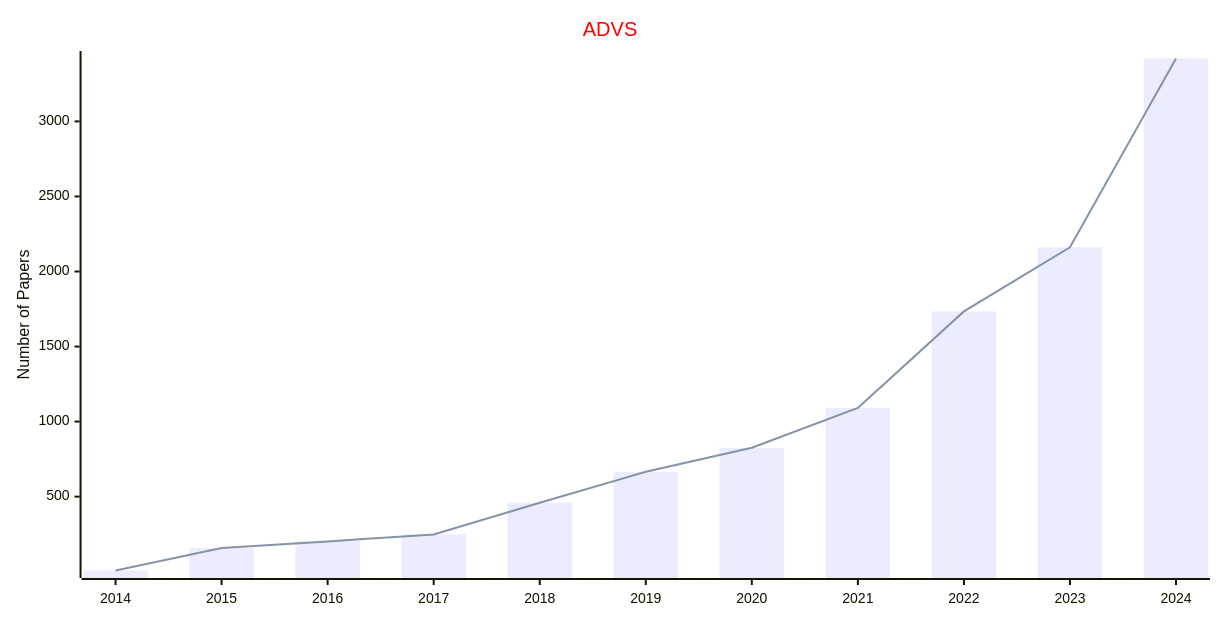
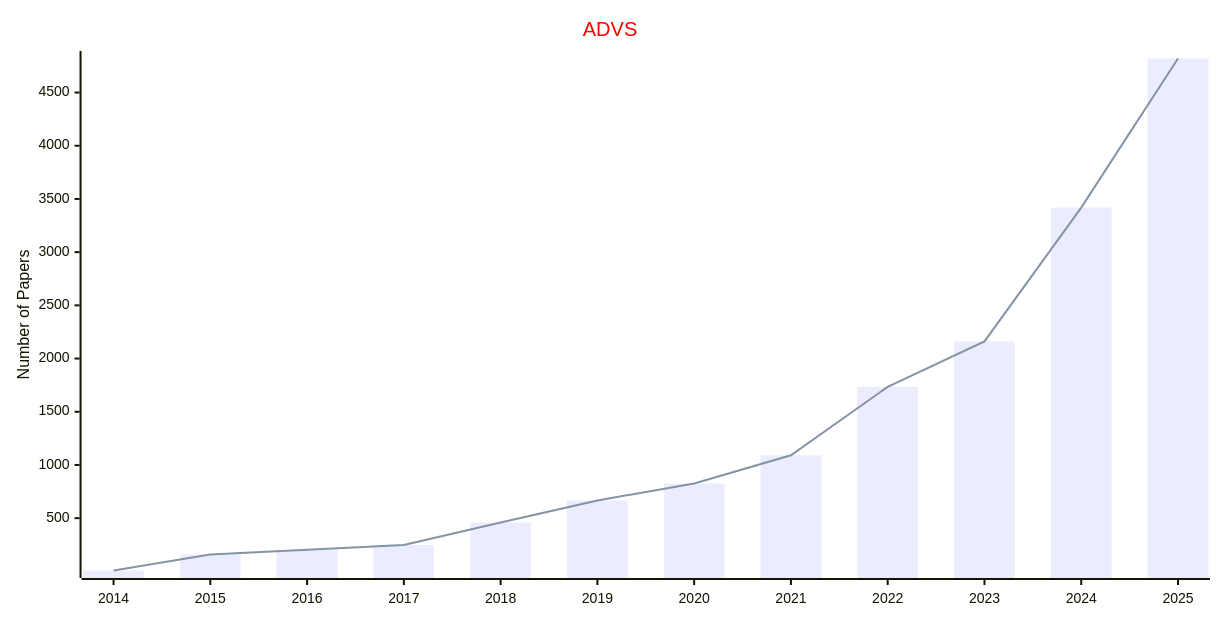
The seventh of 8 diagrams in docs/data/Journals/Statistics_Journals/Multidisciplinary.md (Easy-PhD/AILinks), drawn with Mermaid before and after one commit. The commit also changed other lines of this file and 107 other files, not shown here.

````diff
--- a/docs/data/Journals/Statistics_Journals/Multidisciplinary.md
+++ b/docs/data/Journals/Statistics_Journals/Multidisciplinary.md
@@ -159,17 +159,17 @@
 ```mermaid
 ---
 config:
     xyChart:
         width: 1200
         height: 600
     themeVariables:
         xyChart:
             titleColor: "#ff0000"
 ---
 xychart-beta
     title "ADVS"
-    x-axis [2014, 2015, 2016, 2017, 2018, 2019, 2020, 2021, 2022, 2023, 2024]
+    x-axis [2014, 2015, 2016, 2017, 2018, 2019, 2020, 2021, 2022, 2023, 2024, 2025]
     y-axis "Number of Papers"
-    bar [8, 158, 202, 248, 459, 666, 826, 1091, 1734, 2161, 3419]
-    line [8, 158, 202, 248, 459, 666, 826, 1091, 1734, 2161, 3419]
+    bar [8, 158, 202, 248, 459, 666, 826, 1091, 1734, 2161, 3419, 4820]
+    line [8, 158, 202, 248, 459, 666, 826, 1091, 1734, 2161, 3419, 4820]
 ```
````
